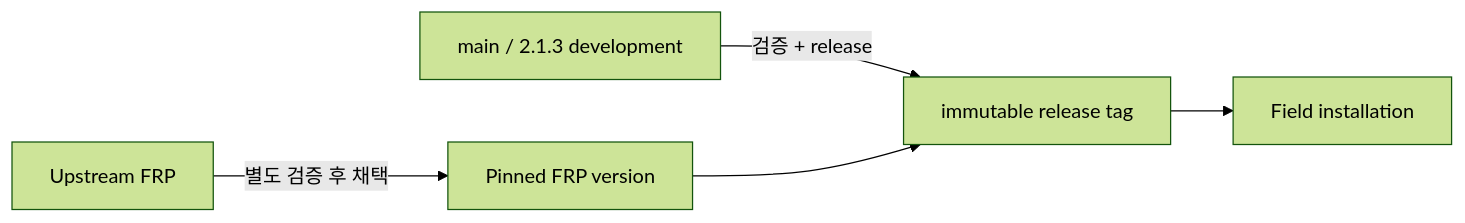
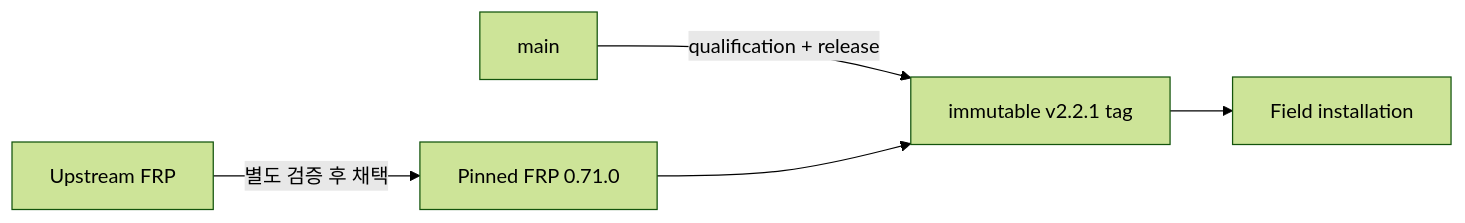
The diagram in ko/reference/release-status.mdx (datarelay-labs/data-relay-link-docs), drawn with Mermaid (forest theme) before and after one commit. The commit also changed other lines of this file and 24 other files, not shown here.

````diff
--- a/ko/reference/release-status.mdx
+++ b/ko/reference/release-status.mdx
@@ -21,7 +26,7 @@
 ```mermaid
 flowchart LR
-    M[main / 2.1.3 development] -->|검증 + release| T[immutable release tag]
+    M[main] -->|qualification + release| T[immutable v2.2.1 tag]
     T --> F[Field installation]
-    U[Upstream FRP] -->|별도 검증 후 채택| P[Pinned FRP version]
+    U[Upstream FRP] -->|별도 검증 후 채택| P[Pinned FRP 0.71.0]
     P --> T
 ```
````
